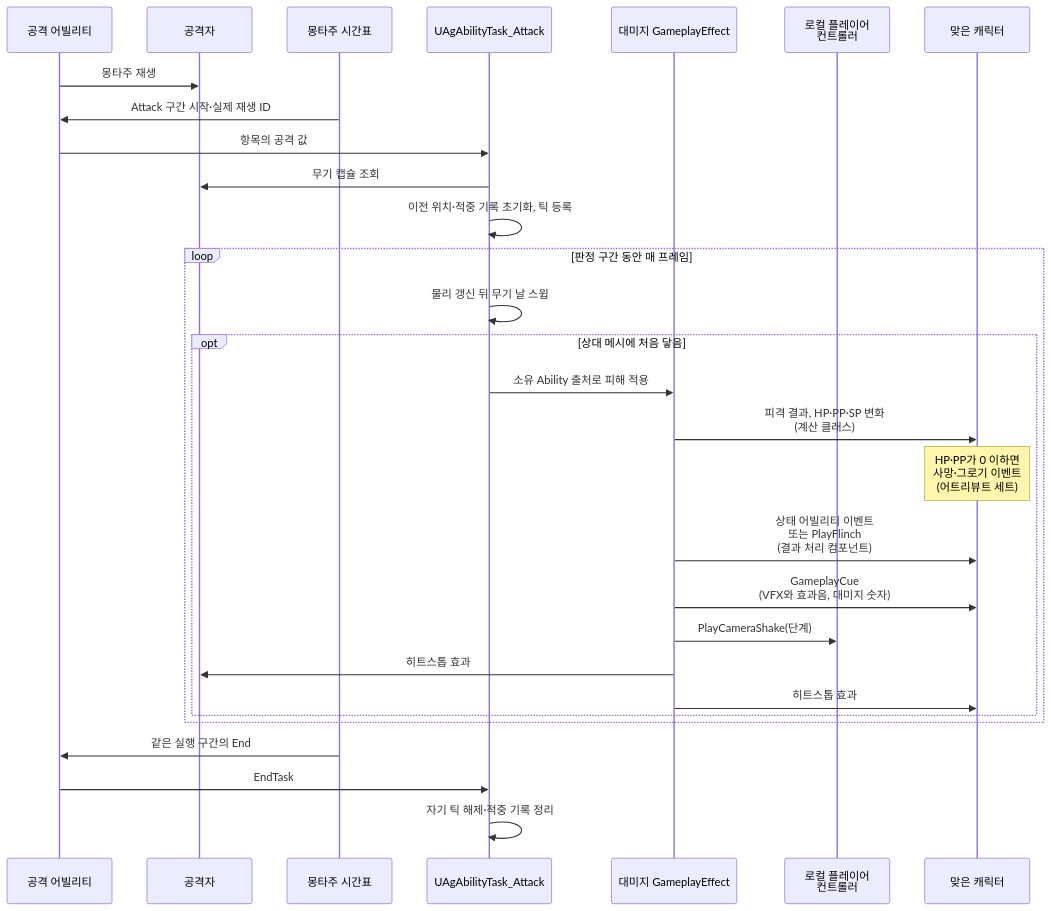
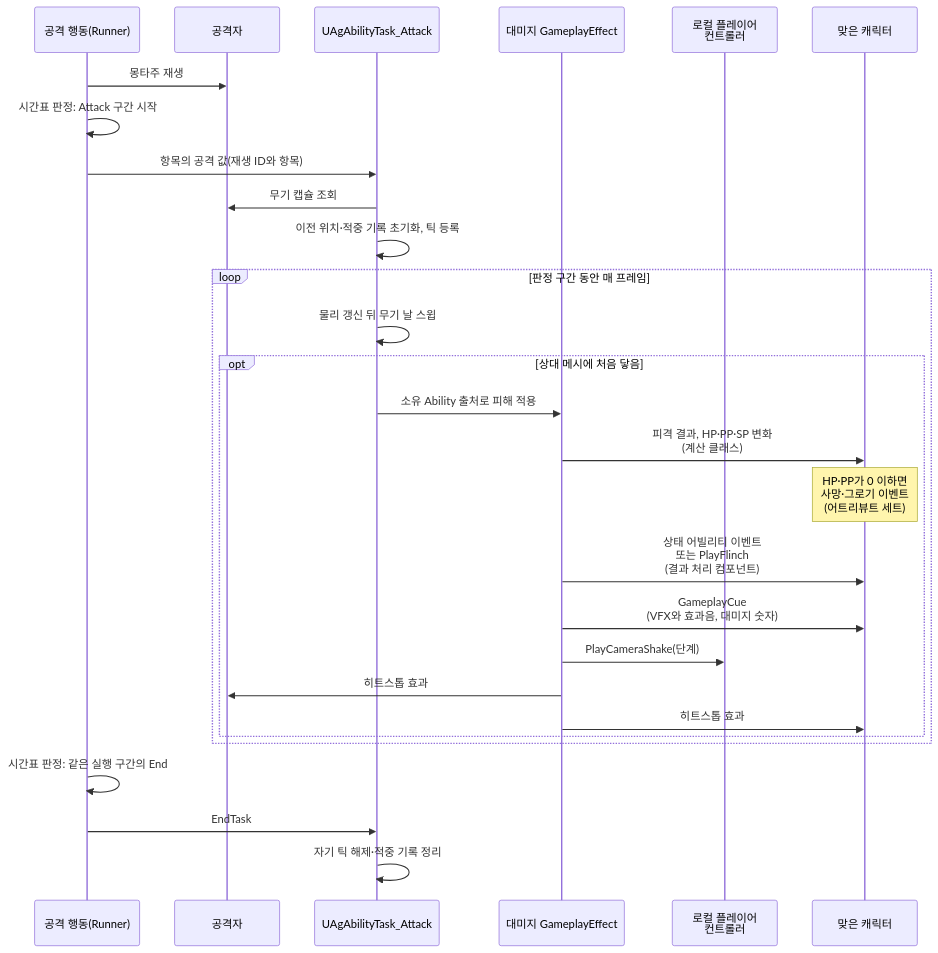
One commit to Woogl/Ag changed the third of 3 diagrams in Docs/Program/대미지와 피격 처리.md. Above: the diagram before and after it, drawn with Mermaid. The commit also changed other lines of this file and 15 other files, not shown here.

````diff
--- a/Docs/Program/대미지와 피격 처리.md
+++ b/Docs/Program/대미지와 피격 처리.md
@@ -72,31 +74,30 @@
 ```mermaid
 sequenceDiagram
-    participant GA as 공격 어빌리티
+    participant GA as 공격 행동(Runner)
     participant A as 공격자
-    participant N as 몽타주 시간표
     participant AT as UAgAbilityTask_Attack
     participant G as 대미지 GameplayEffect
     participant P as 로컬 플레이어<br>컨트롤러
     participant T as 맞은 캐릭터
     GA->>A: 몽타주 재생
-    N->>GA: Attack 구간 시작·실제 재생 ID
-    GA->>AT: 항목의 공격 값
+    GA->>GA: 시간표 판정: Attack 구간 시작
+    GA->>AT: 항목의 공격 값(재생 ID와 항목)
     AT->>A: 무기 캡슐 조회
     AT->>AT: 이전 위치·적중 기록 초기화, 틱 등록
     loop 판정 구간 동안 매 프레임
         AT->>AT: 물리 갱신 뒤 무기 날 스윕
         opt 상대 메시에 처음 닿음
             AT->>G: 소유 Ability 출처로 피해 적용
             G->>T: 피격 결과, HP·PP·SP 변화<br>(계산 클래스)
             Note over T: HP·PP가 0 이하면<br>사망·그로기 이벤트<br>(어트리뷰트 세트)
             G->>T: 상태 어빌리티 이벤트<br>또는 PlayFlinch<br>(결과 처리 컴포넌트)
             G->>T: GameplayCue<br>(VFX와 효과음, 대미지 숫자)
             G->>P: PlayCameraShake(단계)
             G->>A: 히트스톱 효과
             G->>T: 히트스톱 효과
         end
     end
-    N->>GA: 같은 실행 구간의 End
+    GA->>GA: 시간표 판정: 같은 실행 구간의 End
     GA->>AT: EndTask
     AT->>AT: 자기 틱 해제·적중 기록 정리
 ```
````
